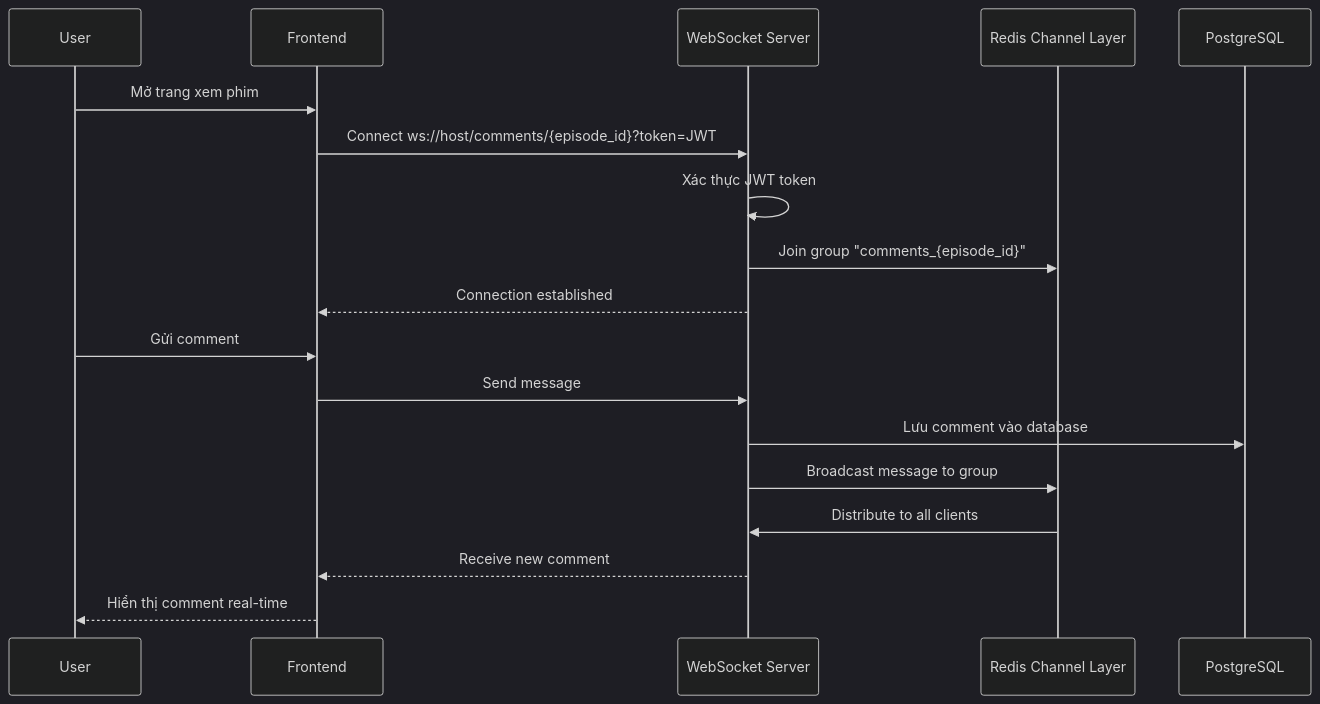
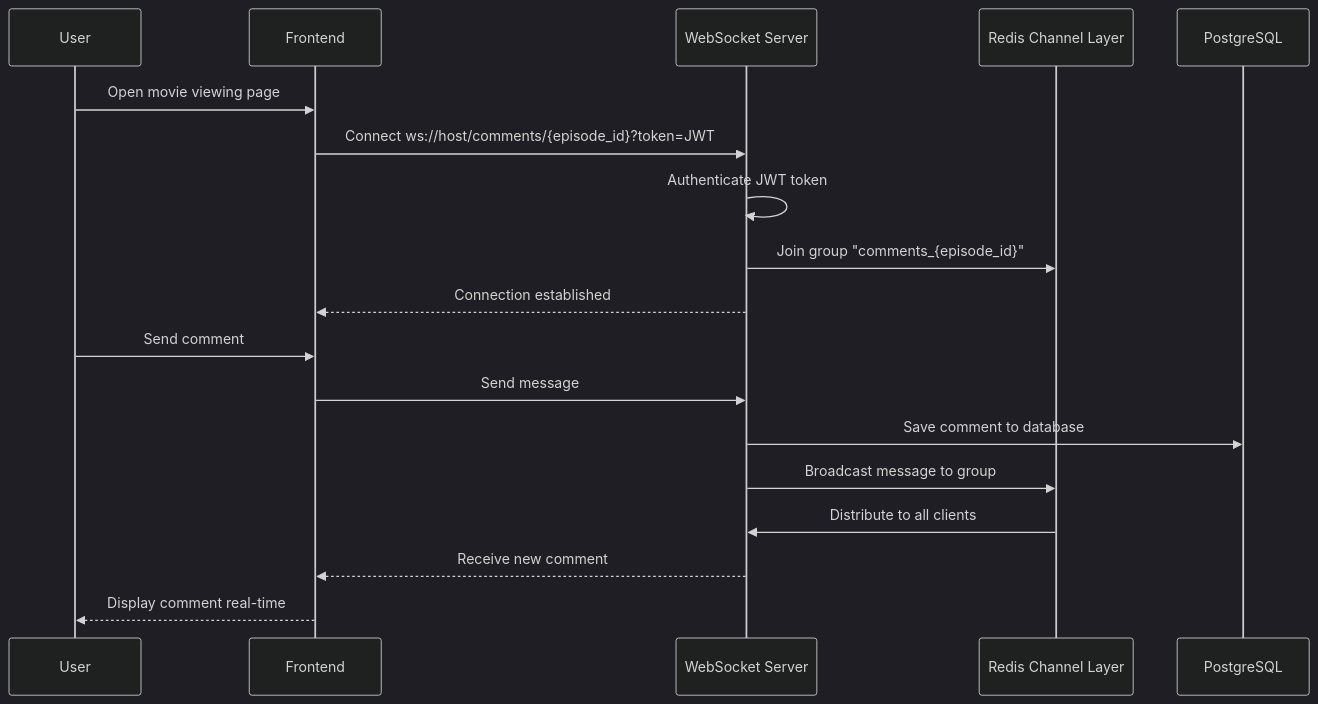
Before and after one commit to eja-edo/Portfolio: the second of 4 diagrams in content/projects/smovie.md, drawn with Mermaid (dark theme). The commit also changed other lines of this file and 15 other files, not shown here.

````diff
--- a/content/projects/smovie.md
+++ b/content/projects/smovie.md
@@ -107,22 +107,22 @@
 ```mermaid
 sequenceDiagram
     participant U as User
     participant F as Frontend
     participant WS as WebSocket Server
     participant R as Redis Channel Layer
     participant DB as PostgreSQL
     
-    U->>F: Mở trang xem phim
+    U->>F: Open movie viewing page
     F->>WS: Connect ws://host/comments/{episode_id}?token=JWT
-    WS->>WS: Xác thực JWT token
+    WS->>WS: Authenticate JWT token
     WS->>R: Join group "comments_{episode_id}"
     WS-->>F: Connection established
     
-    U->>F: Gửi comment
+    U->>F: Send comment
     F->>WS: Send message
-    WS->>DB: Lưu comment vào database
+    WS->>DB: Save comment to database
     WS->>R: Broadcast message to group
     R->>WS: Distribute to all clients
     WS-->>F: Receive new comment
-    F-->>U: Hiển thị comment real-time
+    F-->>U: Display comment real-time
 ```
````
